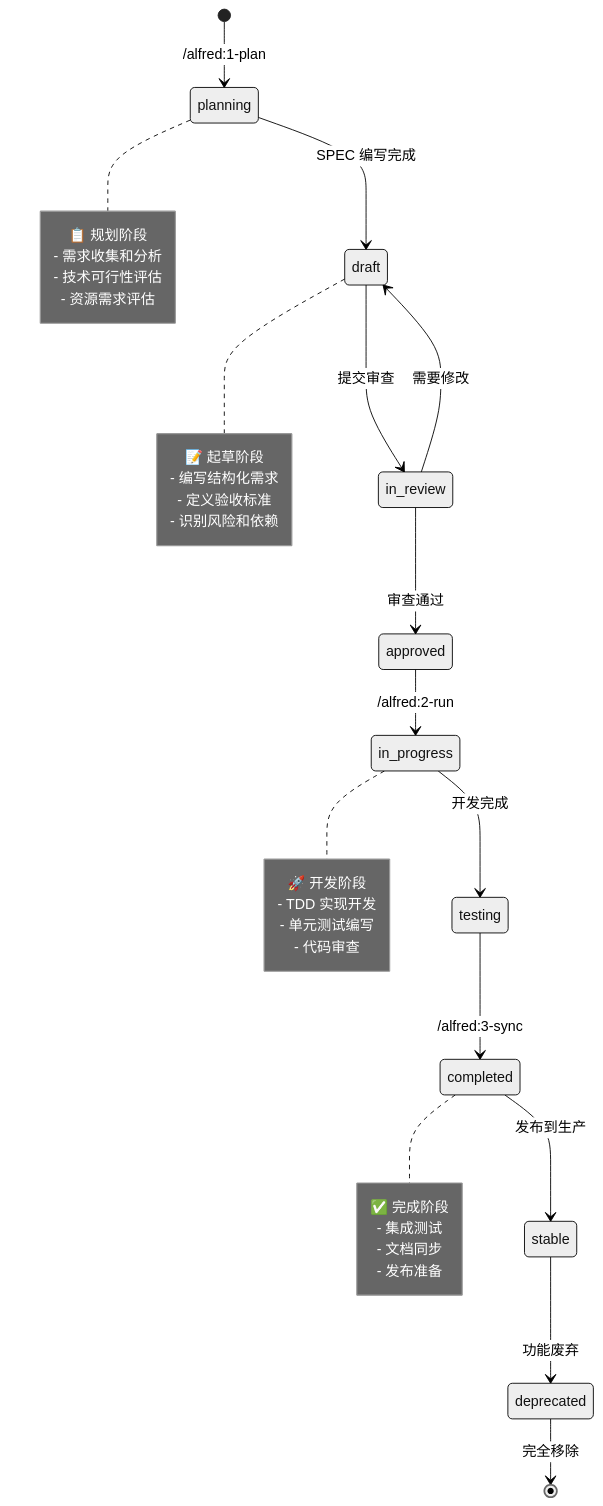
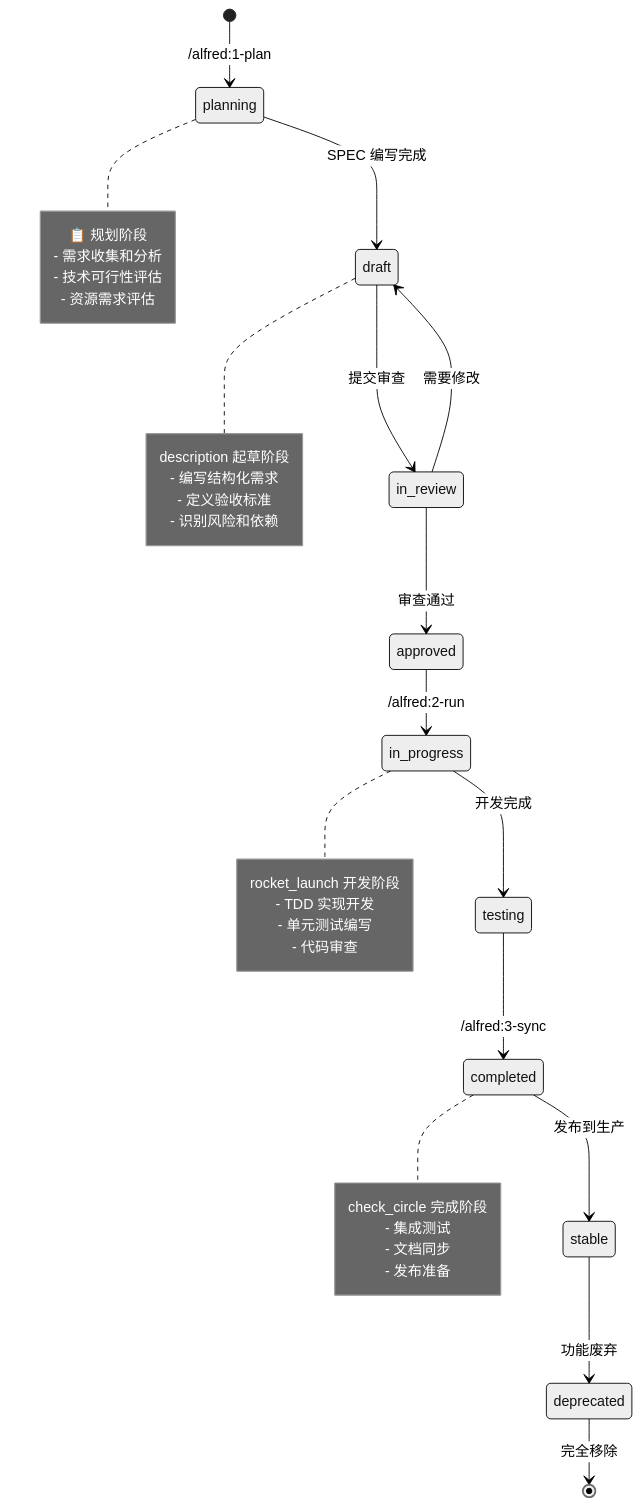
Before and after one commit to modu-ai/moai-adk: the diagram in docs/src/zh/guides/specs/basics.md, drawn with Mermaid. The commit also changed other lines of this file and 101 other files, not shown here.

````diff
--- a/docs/src/zh/guides/specs/basics.md
+++ b/docs/src/zh/guides/specs/basics.md
@@ -485,43 +485,43 @@
 ```mermaid
 %%{init: {'theme':'neutral'}}%%
 stateDiagram-v2
     [*] --> planning: /alfred:1-plan
     planning --> draft: SPEC 编写完成
     draft --> in_review: 提交审查
     in_review --> approved: 审查通过
     in_review --> draft: 需要修改
     approved --> in_progress: /alfred:2-run
     in_progress --> testing: 开发完成
     testing --> completed: /alfred:3-sync
     completed --> stable: 发布到生产
     stable --> deprecated: 功能废弃
     deprecated --> [*]: 完全移除
 
     note right of planning
         📋 规划阶段
         - 需求收集和分析
         - 技术可行性评估
         - 资源需求评估
     end note
 
     note right of draft
-        📝 起草阶段
+        <span class="material-icons">description</span> 起草阶段
         - 编写结构化需求
         - 定义验收标准
         - 识别风险和依赖
     end note
 
     note right of in_progress
-        🚀 开发阶段
+        <span class="material-icons">rocket_launch</span> 开发阶段
         - TDD 实现开发
         - 单元测试编写
         - 代码审查
     end note
 
     note right of completed
-        ✅ 完成阶段
+        <span class="material-icons">check_circle</span> 完成阶段
         - 集成测试
         - 文档同步
         - 发布准备
     end note
 ```
````
